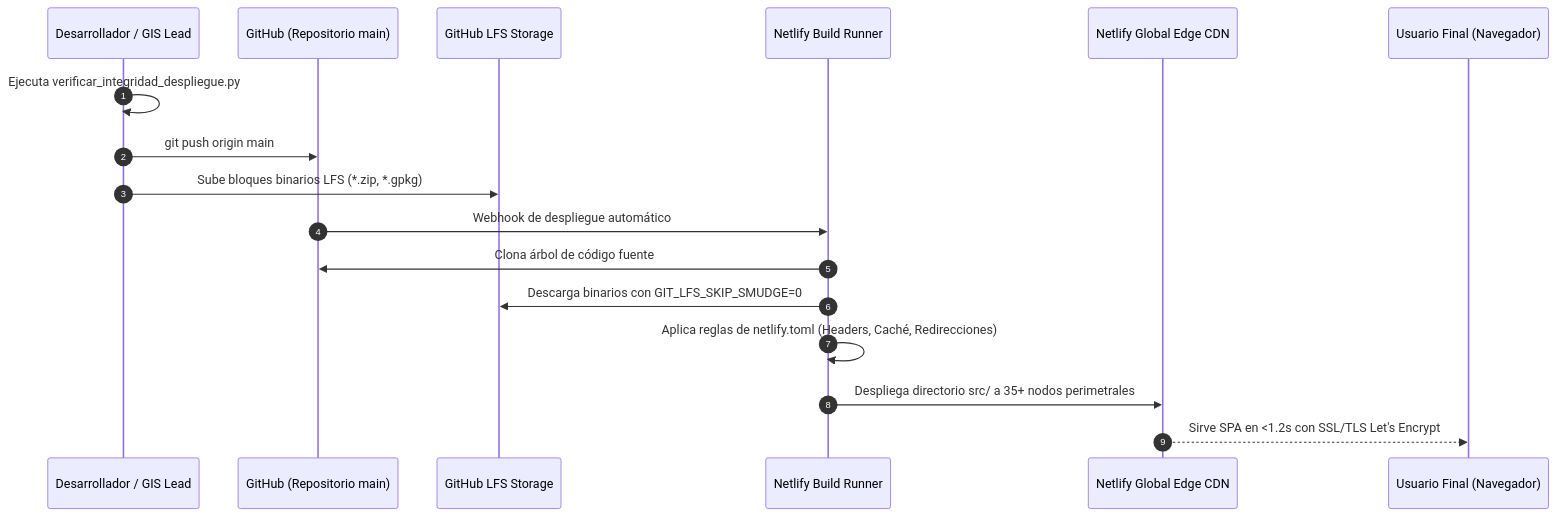
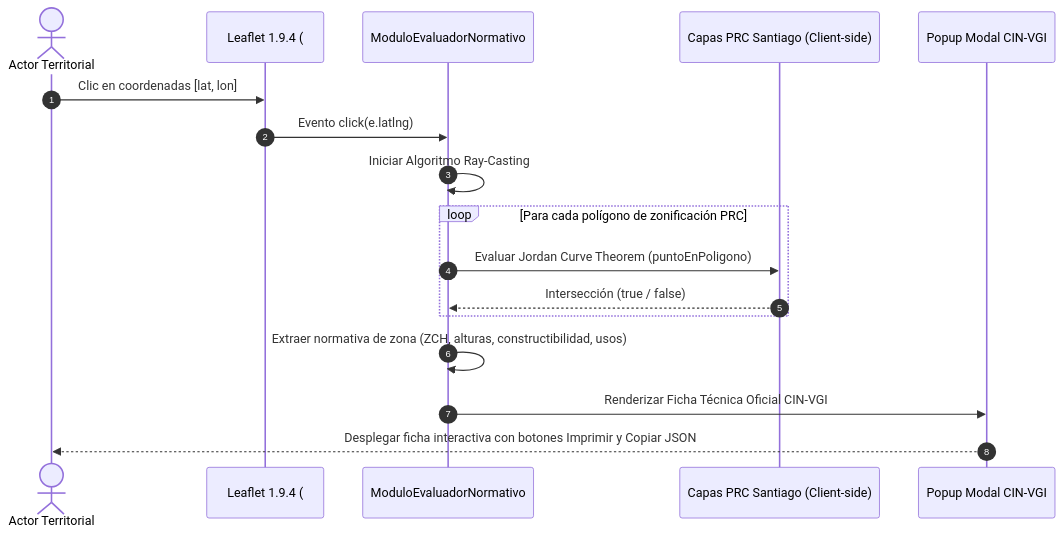
One commit to GEOJOTA/atlas_vgi_territorial changed the fourth of 7 diagrams in docs/MANUAL_ACTUALIZACION_ATLAS.md. Above: the diagram before and after it, drawn with Mermaid. The commit also changed other lines of this file and 19 other files, not shown here.

Commit message:
docs: expandir manual maestro a +5300 lineas con diagramas mermaid memoria e inventario total

````diff
--- a/docs/MANUAL_ACTUALIZACION_ATLAS.md
+++ b/docs/MANUAL_ACTUALIZACION_ATLAS.md
@@ -1916,20 +1451,20 @@
 ```mermaid
 sequenceDiagram
     autonumber
-    participant Dev as Desarrollador / GIS Lead
-    participant GH as GitHub (Repositorio main)
-    participant LFS as GitHub LFS Storage
-    participant Netlify as Netlify Build Runner
-    participant Edge as Netlify Global Edge CDN
-    participant User as Usuario Final (Navegador)
+    actor Usuario as Actor Territorial
+    participant Mapa as Leaflet 1.9.4 (#map)
+    participant Inspector as ModuloEvaluadorNormativo
+    participant Poligonos as Capas PRC Santiago (Client-side)
+    participant UI as Popup Modal CIN-VGI
 
-    Dev->>Dev: Ejecuta verificar_integridad_despliegue.py
-    Dev->>GH: git push origin main
-    Dev->>LFS: Sube bloques binarios LFS (*.zip, *.gpkg)
-    GH->>Netlify: Webhook de despliegue automático
-    Netlify->>GH: Clona árbol de código fuente
-    Netlify->>LFS: Descarga binarios con GIT_LFS_SKIP_SMUDGE=0
-    Netlify->>Netlify: Aplica reglas de netlify.toml (Headers, Caché, Redirecciones)
-    Netlify->>Edge: Despliega directorio src/ a 35+ nodos perimetrales
-    Edge-->>User: Sirve SPA en <1.2s con SSL/TLS Let's Encrypt
+    Usuario->>Mapa: Clic en coordenadas [lat, lon]
+    Mapa->>Inspector: Evento click(e.latlng)
+    Inspector->>Inspector: Iniciar Algoritmo Ray-Casting
+    loop Para cada polígono de zonificación PRC
+        Inspector->>Poligonos: Evaluar Jordan Curve Theorem (puntoEnPoligono)
+        Poligonos-->>Inspector: Intersección (true / false)
+    end
+    Inspector->>Inspector: Extraer normativa de zona (ZCH, alturas, constructibilidad, usos)
+    Inspector->>UI: Renderizar Ficha Técnica Oficial CIN-VGI
+    UI-->>Usuario: Desplegar ficha interactiva con botones Imprimir y Copiar JSON
 ```
````
